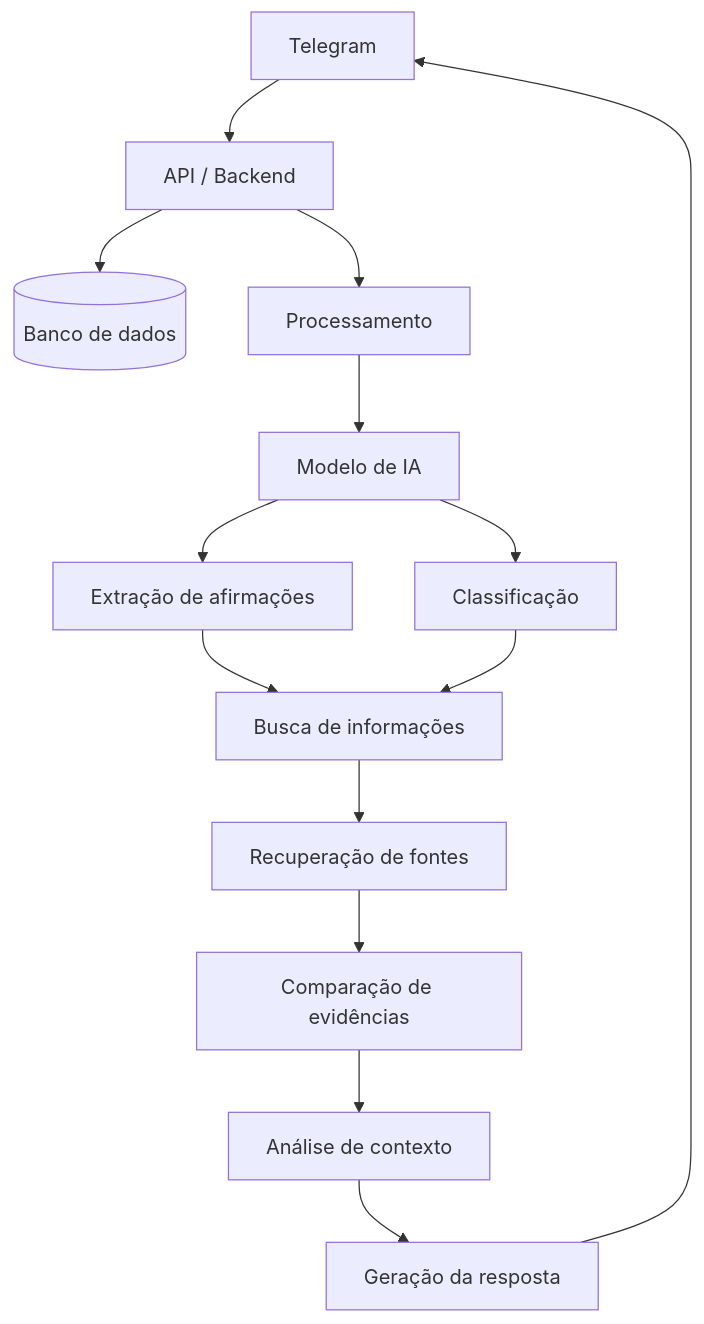
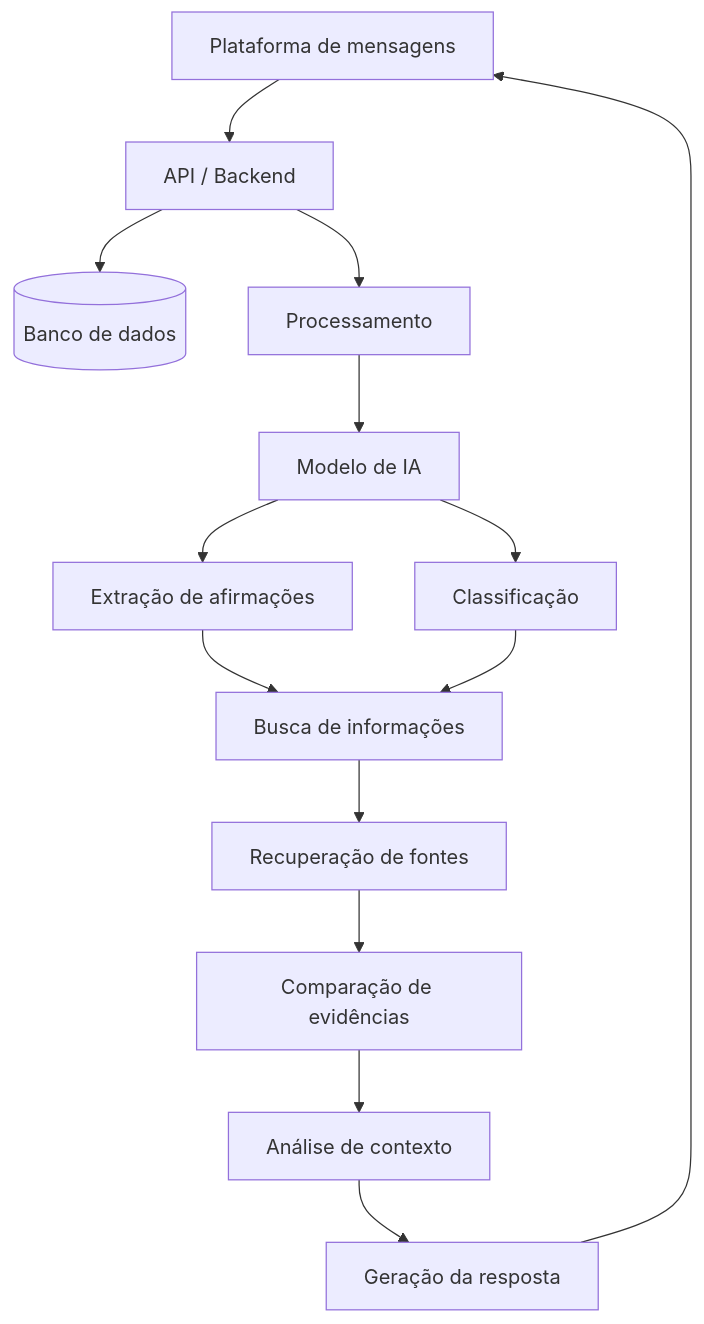
The first of 2 diagrams in docs/arquitetura.md (Challenge-1-Residencia-IA/Documentacao), drawn with Mermaid before and after one commit. The commit also changed other lines of this file and 10 other files, not shown here.

First line of the commit message:
docs: descreve o bot sem vincular a uma plataforma de mensagens

````diff
--- a/docs/arquitetura.md
+++ b/docs/arquitetura.md
@@ -39,16 +39,16 @@
 ```mermaid
 flowchart TD
-    TG[Telegram] --> API[API / Backend]
+    TG[Plataforma de mensagens] --> API[API / Backend]
     API --> DB[(Banco de dados)]
     API --> PROC[Processamento]
     PROC --> MODELO[Modelo de IA]
     MODELO --> EXTRACAO[Extração de afirmações]
     MODELO --> CLASSIF[Classificação]
     EXTRACAO --> BUSCA[Busca de informações]
     CLASSIF --> BUSCA
     BUSCA --> RECUP[Recuperação de fontes]
     RECUP --> COMP[Comparação de evidências]
     COMP --> CTX[Análise de contexto]
     CTX --> RESP[Geração da resposta]
     RESP --> TG
 ```
````
